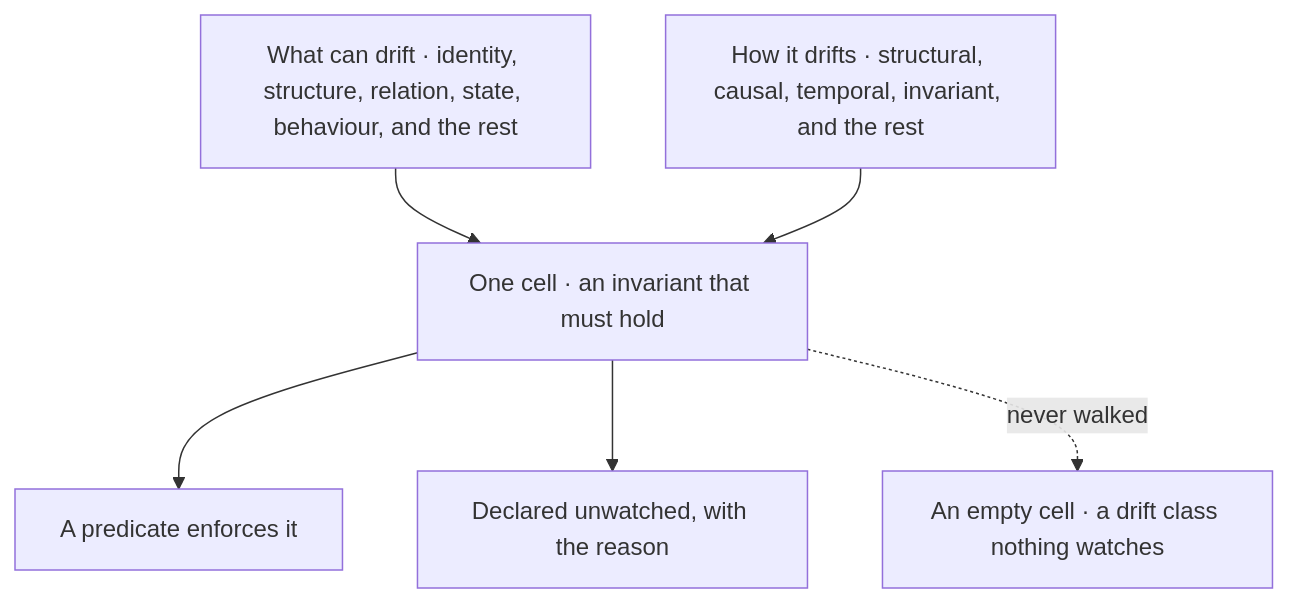
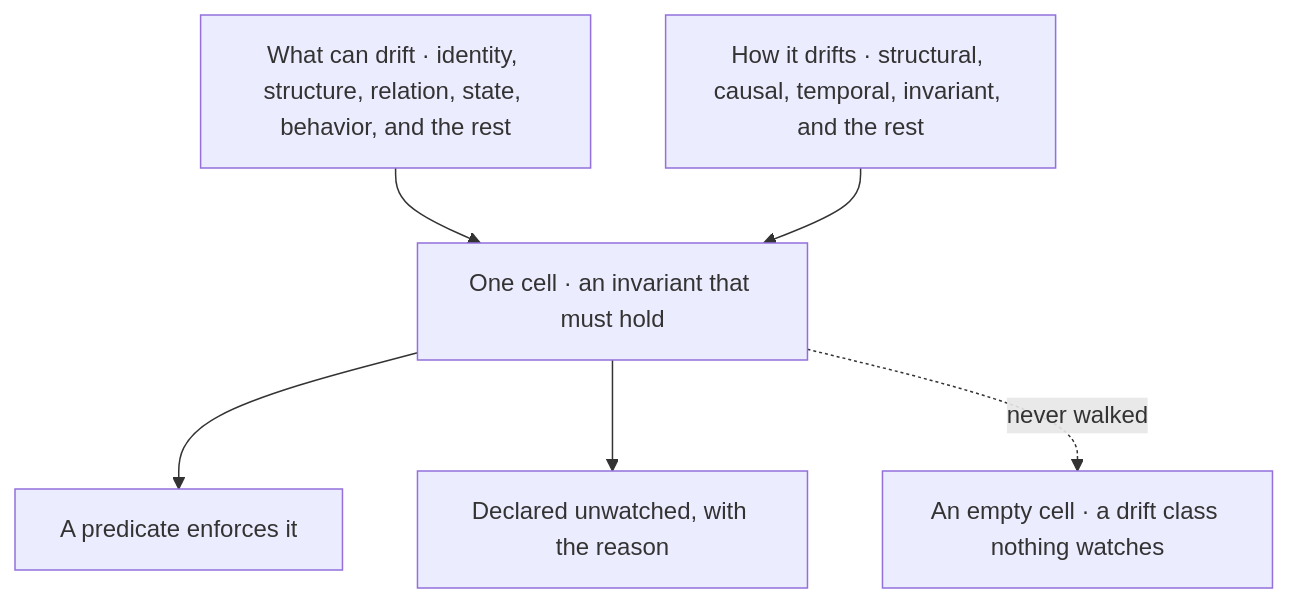
Before and after one commit to Varietyz/Disciplined-AI-Software-Development: diagram 13 of 14 in VERIFY.md, drawn with Mermaid. The commit also changed other lines of this file and 672 other files, not shown here.

````diff
--- a/VERIFY.md
+++ b/VERIFY.md
@@ -481,14 +481,14 @@
 ```mermaid
 flowchart TB
-dimensions["What can drift · identity, structure, relation, state, behaviour, and the rest"]
+dimensions["What can drift · identity, structure, relation, state, behavior, and the rest"]
 lenses["How it drifts · structural, causal, temporal, invariant, and the rest"]
 cell["One cell · an invariant that must hold"]
 watched["A predicate enforces it"]
 unwatched["Declared unwatched, with the reason"]
 empty["An empty cell · a drift class nothing watches"]
 dimensions --> cell
 lenses --> cell
 cell --> watched
 cell --> unwatched
 cell -. never walked .-> empty
 ```
````
